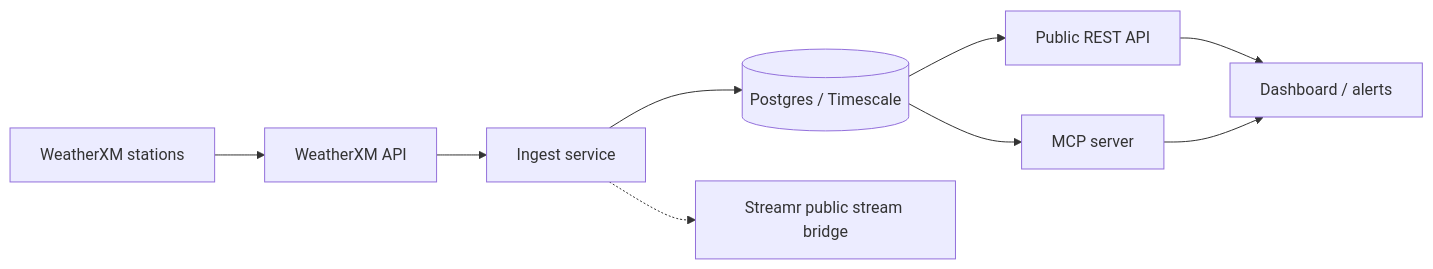
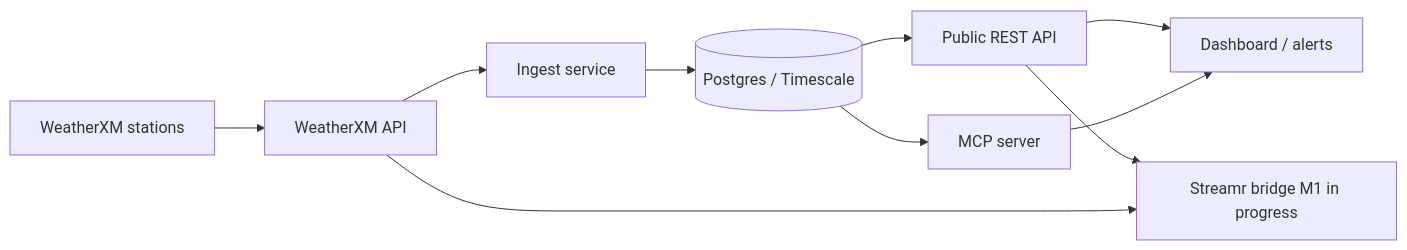
The diagram in README.md (RahRha-v3-2/atlanta-beltline-weather-network), drawn with Mermaid before and after one commit. The commit also changed other lines of this file and 38 other files, not shown here.

First line of the commit message:
Add a dry-run Streamr telemetry bridge. (#2)

````diff
--- a/README.md
+++ b/README.md
@@ -47,18 +47,19 @@
 ```mermaid
 flowchart LR
   stations[WeatherXM stations]
   wxm[WeatherXM API]
   ingest[Ingest service]
   db[(Postgres / Timescale)]
   api[Public REST API]
   mcp[MCP server]
   dash[Dashboard / alerts]
-  streamr[Streamr public stream bridge]
+  bridge[Streamr bridge M1 in progress]
 
   stations --> wxm --> ingest --> db
   db --> api
   db --> mcp
   api --> dash
   mcp --> dash
-  ingest -.-> streamr
+  api --> bridge
+  wxm --> bridge
 ```
````
